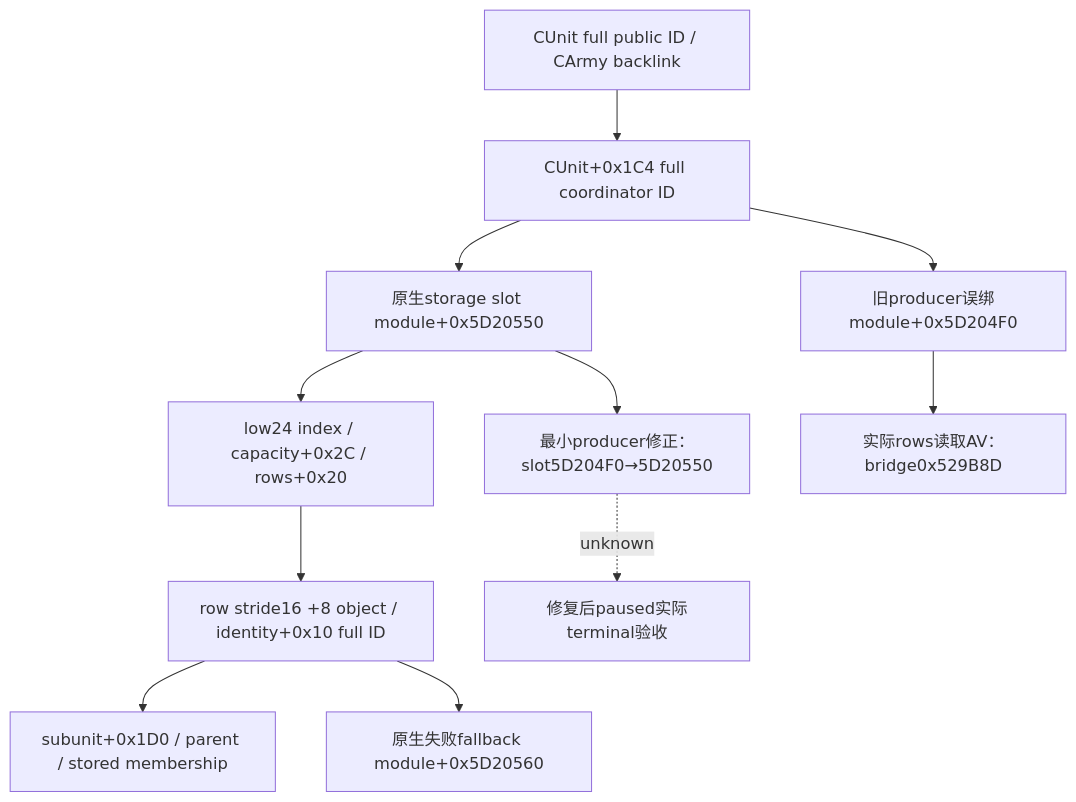
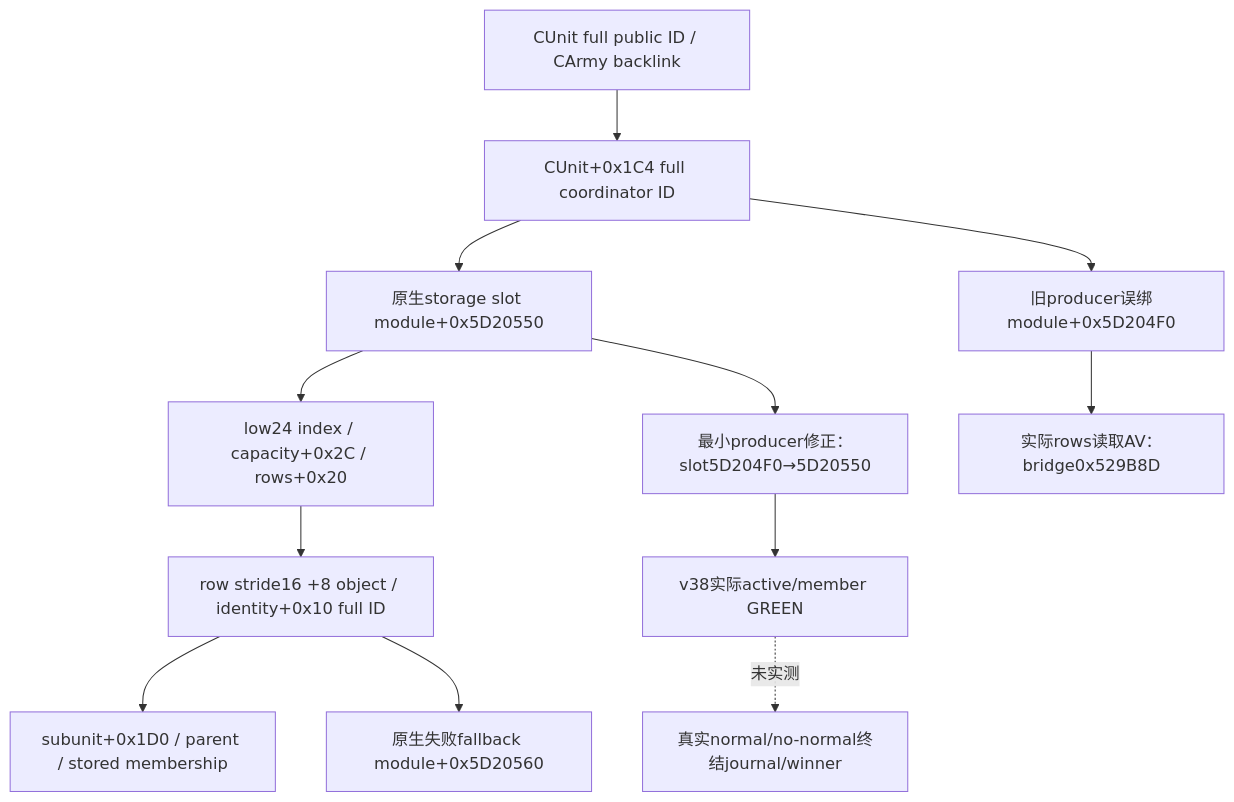
One commit to XenoAmess/ck3_eternal_recurrence changed the diagram in docs/ck3-native-ai/ai-war-coordinator-storage-terminal-fault-1.20.0.3-2026-10-03.md. Above: the diagram before and after it, drawn with Mermaid. The commit also changed other lines of this file and 10 other files, not shown here.

````diff
--- a/docs/ck3-native-ai/ai-war-coordinator-storage-terminal-fault-1.20.0.3-2026-10-03.md
+++ b/docs/ck3-native-ai/ai-war-coordinator-storage-terminal-fault-1.20.0.3-2026-10-03.md
@@ -35,13 +39,14 @@
 ```mermaid
 flowchart TD
   U[CUnit full public ID / CArmy backlink] --> I[CUnit+0x1C4 full coordinator ID]
   I --> N[原生storage slot module+0x5D20550]
   N --> R[low24 index / capacity+0x2C / rows+0x20]
   R --> C[row stride16 +8 object / identity+0x10 full ID]
   C --> M[subunit+0x1D0 / parent / stored membership]
   C --> F[原生失败fallback module+0x5D20560]
   I --> W[旧producer误绑module+0x5D204F0]
   W --> A[实际rows读取AV：bridge0x529B8D]
   N --> P[最小producer修正：slot5D204F0→5D20550]
-  P -. unknown .-> L[修复后paused实际terminal验收]
+  P --> L[v38实际active/member GREEN]
+  L -. 未实测 .-> J[真实normal/no-normal终结journal/winner]
 ```
````
